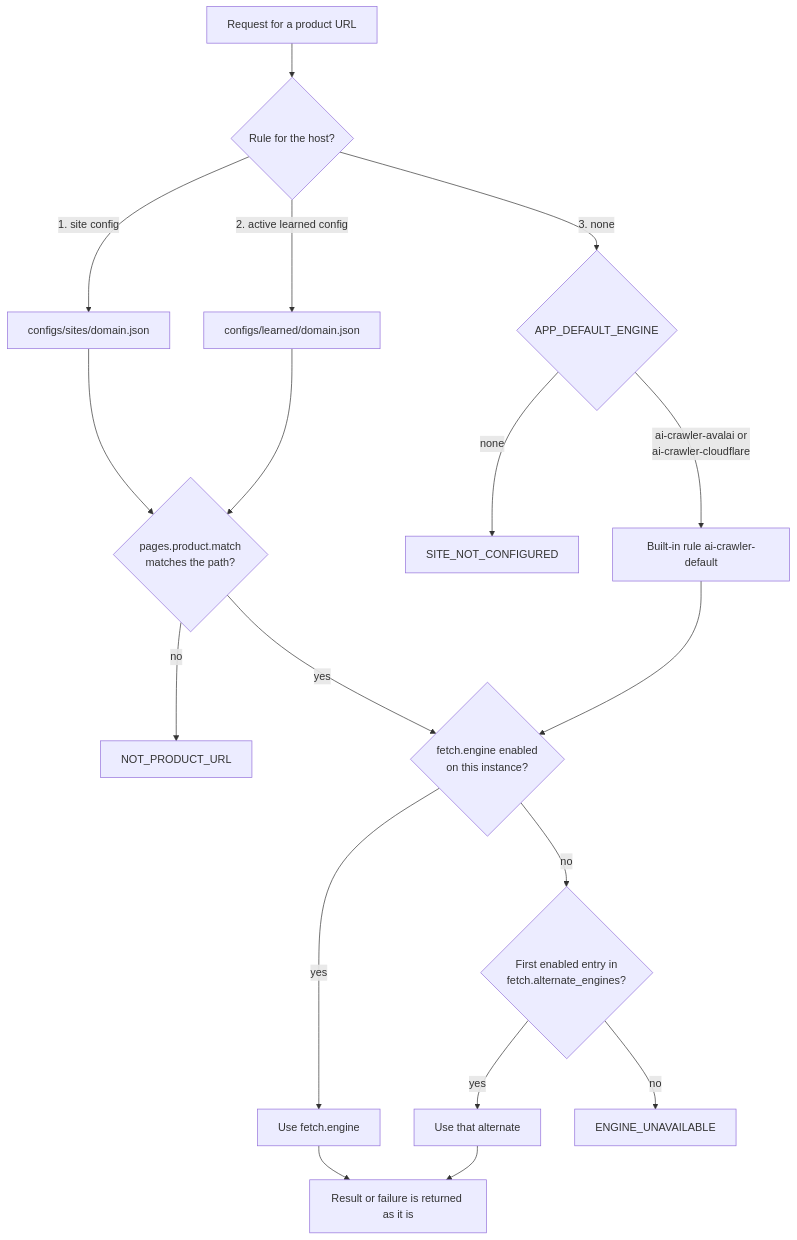
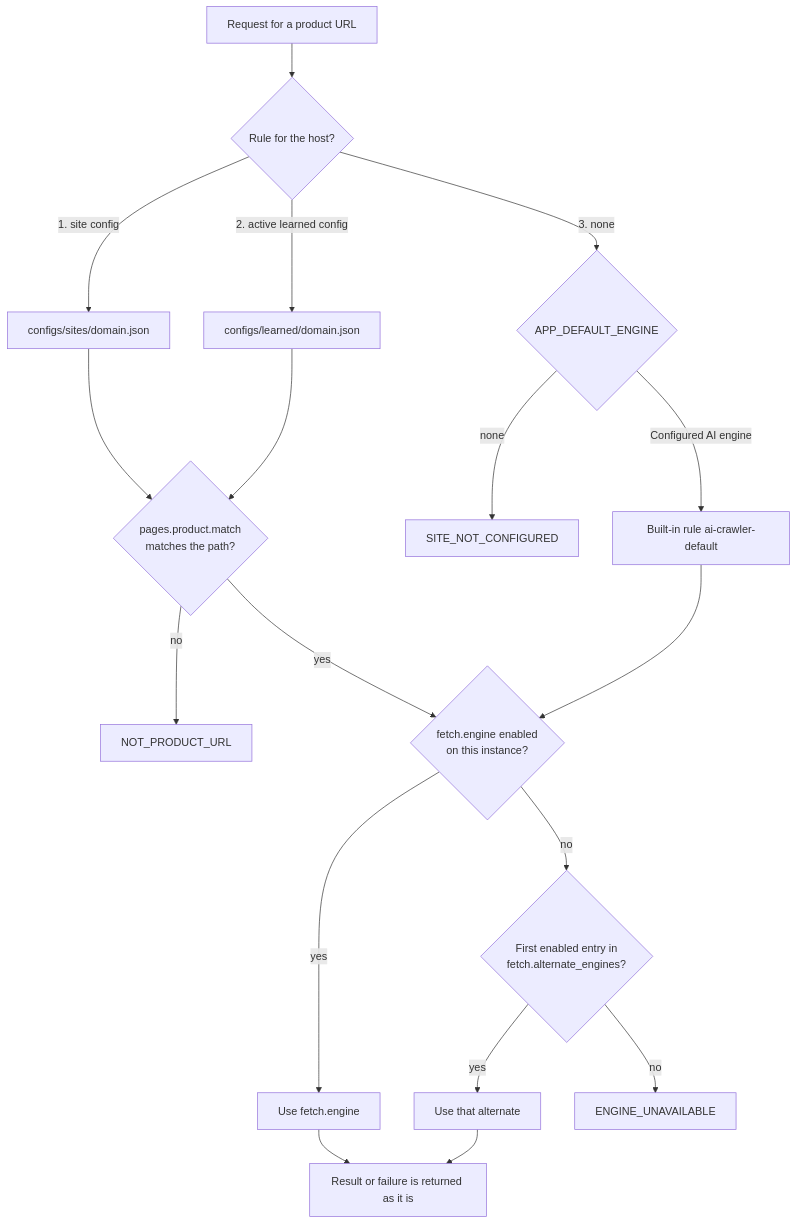
Before and after one commit to mobintmu/go-wordpress-extractor: the diagram in md/ENGINES.md, drawn with Mermaid. The commit also changed other lines of this file and 24 other files, not shown here.

````diff
--- a/md/ENGINES.md
+++ b/md/ENGINES.md
@@ -52,20 +53,20 @@
 ```mermaid
 flowchart TD
     A[Request for a product URL] --> R{Rule for the host?}
     R -->|1. site config| B[configs/sites/domain.json]
     R -->|2. active learned config| L[configs/learned/domain.json]
     R -->|3. none| N{APP_DEFAULT_ENGINE}
     N -->|none| S[SITE_NOT_CONFIGURED]
-    N -->|ai-crawler-avalai or<br/>ai-crawler-cloudflare| D[Built-in rule ai-crawler-default]
+    N -->|Configured AI engine| D[Built-in rule ai-crawler-default]
     B --> M{pages.product.match<br/>matches the path?}
     L --> M
     M -->|no| NP[NOT_PRODUCT_URL]
     M -->|yes| C{fetch.engine enabled<br/>on this instance?}
     D --> C
     C -->|yes| E[Use fetch.engine]
     C -->|no| AE{First enabled entry in<br/>fetch.alternate_engines?}
     AE -->|yes| F[Use that alternate]
     AE -->|no| G[ENGINE_UNAVAILABLE]
     E --> H[Result or failure is returned as it is]
     F --> H
 ```
````
